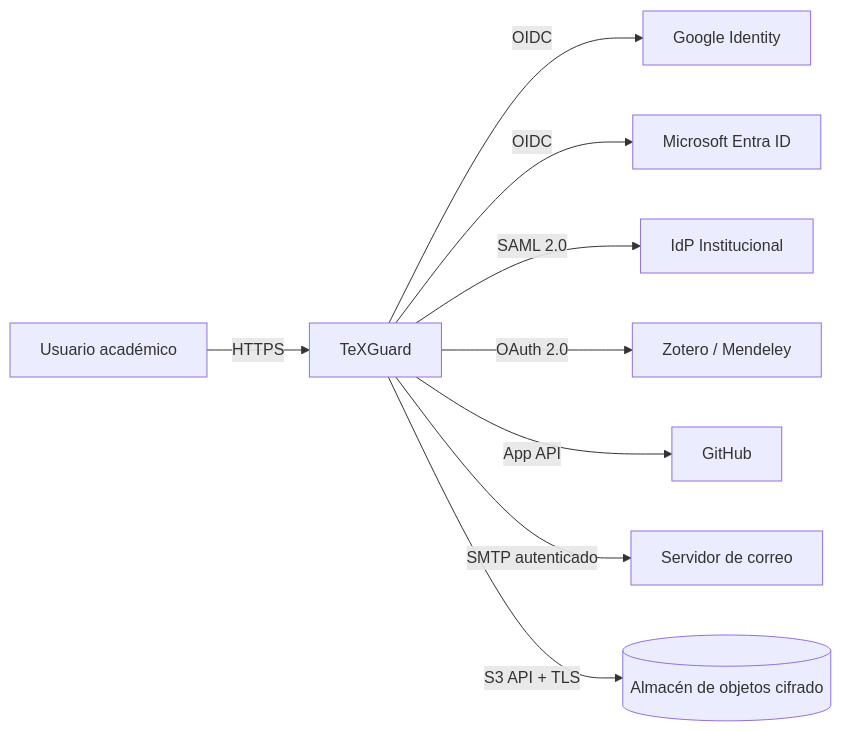
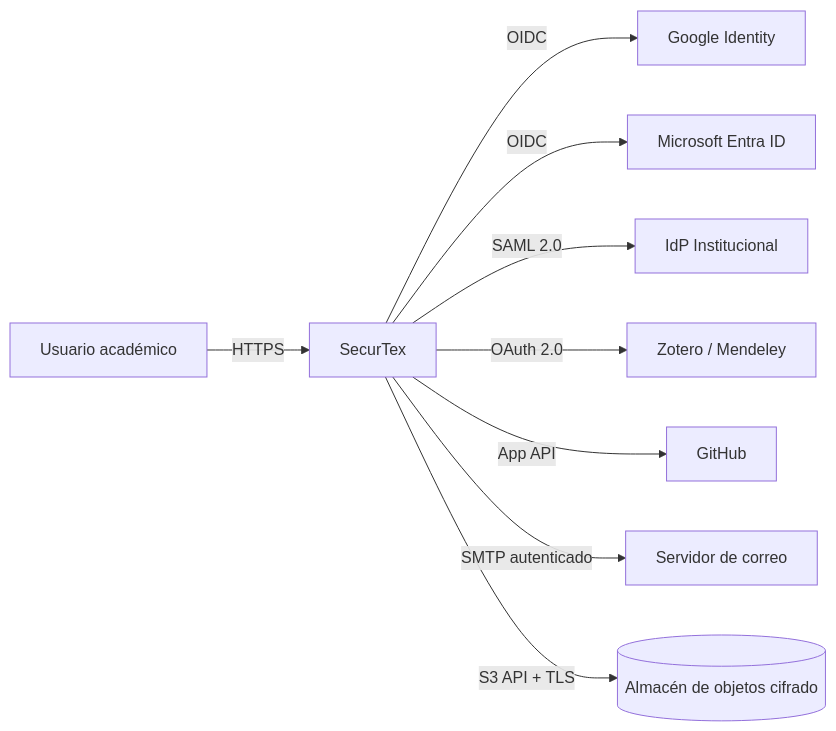
One commit to SecurTex-Devs/securetex changed the diagram in docs/02-Requisitos.md. Above: the diagram before and after it, drawn with Mermaid. The commit also changed other lines of this file and 25 other files, not shown here.

First line of the commit message:
refactor: renombra el producto de TeXGuard a SecurTex

````diff
--- a/docs/02-Requisitos.md
+++ b/docs/02-Requisitos.md
@@ -49,11 +49,11 @@
 ```mermaid
 graph LR
-    U[Usuario académico] -->|HTTPS| SYS[TeXGuard]
+    U[Usuario académico] -->|HTTPS| SYS[SecurTex]
     SYS -->|OIDC| G[Google Identity]
     SYS -->|OIDC| MS[Microsoft Entra ID]
     SYS -->|SAML 2.0| INST[IdP Institucional]
     SYS -->|OAuth 2.0| Z[Zotero / Mendeley]
     SYS -->|App API| GH[GitHub]
     SYS -->|SMTP autenticado| MAIL[Servidor de correo]
     SYS -->|S3 API + TLS| OBJ[(Almacén de objetos cifrado)]
 ```
````
